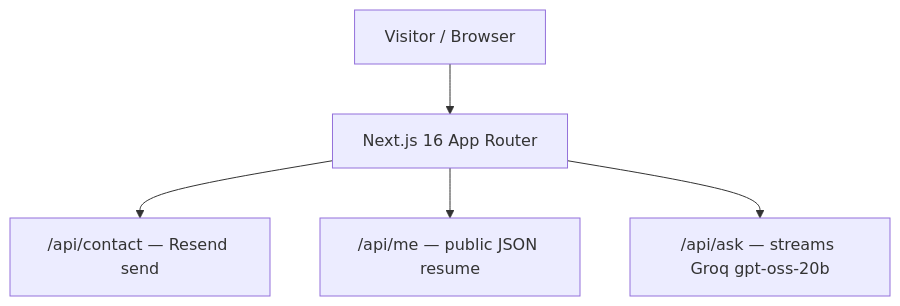
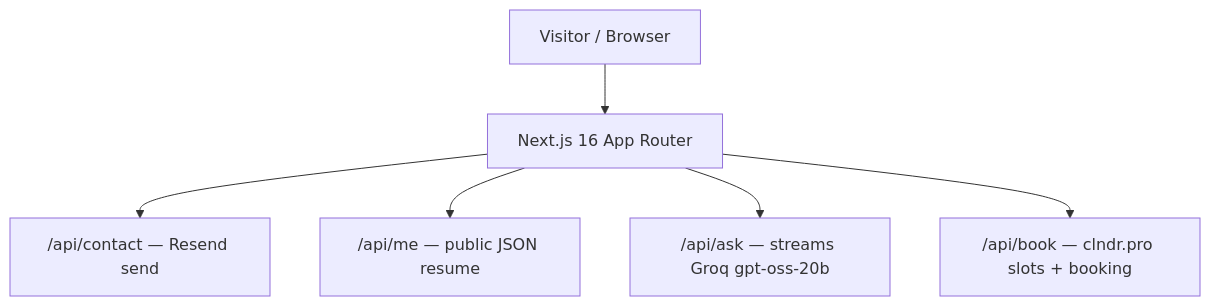
One commit to Chaitanya299/portfolio changed the diagram in docs/STATE.md. Above: the diagram before and after it, drawn with Mermaid. The commit also changed other lines of this file and 7 other files, not shown here.

First line of the commit message:
feat: Book a call in Contact, on clndr.pro

````diff
--- a/docs/STATE.md
+++ b/docs/STATE.md
@@ -10,7 +10,8 @@
 ```mermaid
 flowchart TD
   Visitor[Visitor / Browser] --> App[Next.js 16 App Router]
   App --> Contact["/api/contact — Resend send"]
   App --> API["/api/me — public JSON resume"]
   App --> Ask["/api/ask — streams Groq gpt-oss-20b"]
+  App --> Book["/api/book — clndr.pro slots + booking"]
 ```
````
